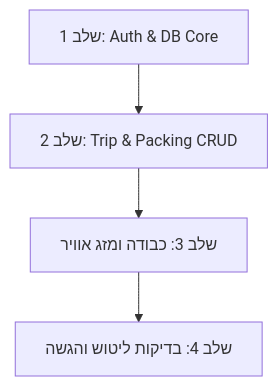
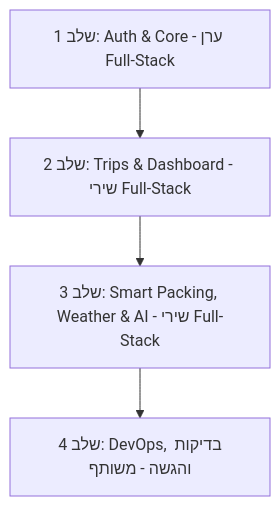
One commit to kamper83-stack/packing-app changed the diagram in DEV_PLAN.md. Above: the diagram before and after it, drawn with Mermaid. The commit also changed other lines of this file, not shown here.

Commit message:
docs: update DEV_PLAN to horizontal full-stack division of labor

````diff
--- a/DEV_PLAN.md
+++ b/DEV_PLAN.md
@@ -37,6 +41,6 @@
 ```mermaid
 graph TD
-    M1[שלב 1: Auth & DB Core] --> M2[שלב 2: Trip & Packing CRUD]
-    M2 --> M3[שלב 3: כבודה ומזג אוויר]
-    M3 --> M4[שלב 4: בדיקות ליטוש והגשה]
+    M1[שלב 1: Auth & Core - ערן Full-Stack] --> M2[שלב 2: Trips & Dashboard - שירי Full-Stack]
+    M2 --> M3[שלב 3: Smart Packing, Weather & AI - שירי Full-Stack]
+    M3 --> M4[שלב 4: DevOps, בדיקות והגשה - משותף]
 ```
````
